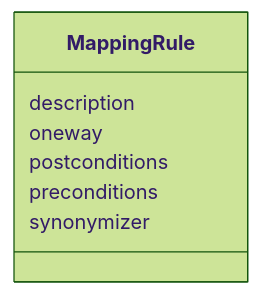
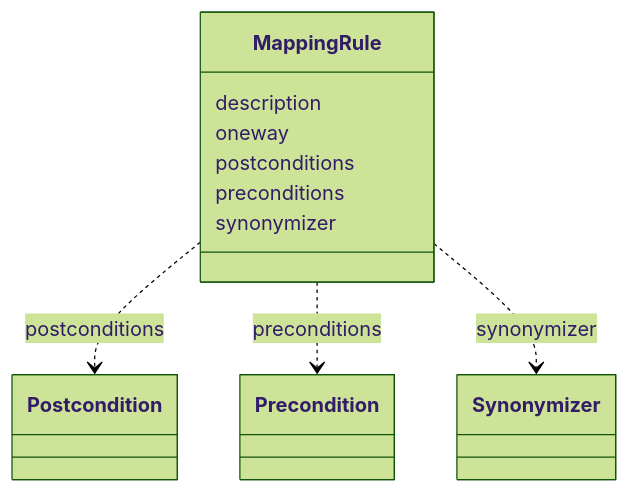
One commit to INCATools/ontology-access-kit changed the diagram in mapping-rules/MappingRule.md. Above: the diagram before and after it, drawn with Mermaid (forest theme). The commit also changed other lines of this file and 1783 other files, not shown here.

````diff
--- a/mapping-rules/MappingRule.md
+++ b/mapping-rules/MappingRule.md
@@ -11,10 +11,21 @@
 ```{mermaid}
  classDiagram
     class MappingRule
       MappingRule : description
+        
       MappingRule : oneway
+        
       MappingRule : postconditions
+        
+          MappingRule ..> Postcondition : postconditions
+        
       MappingRule : preconditions
+        
+          MappingRule ..> Precondition : preconditions
+        
       MappingRule : synonymizer
+        
+          MappingRule ..> Synonymizer : synonymizer
+        
       
 ```
````
